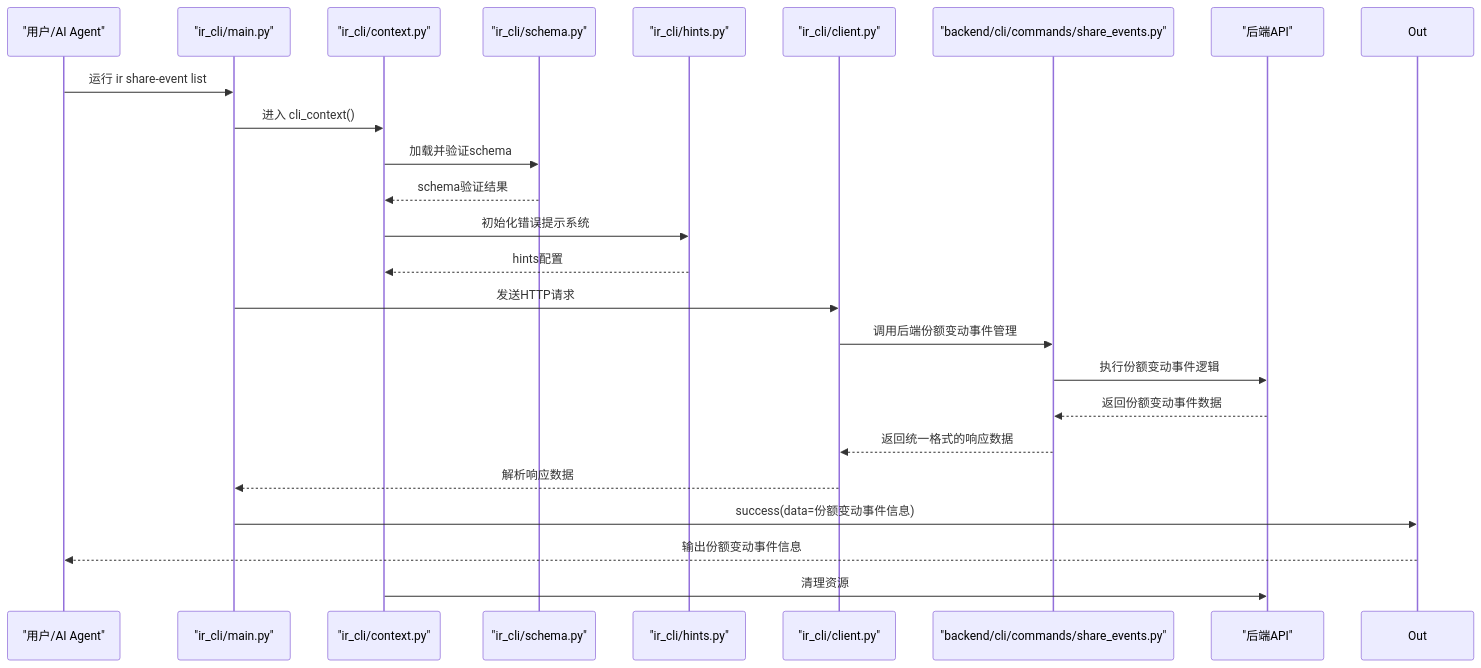
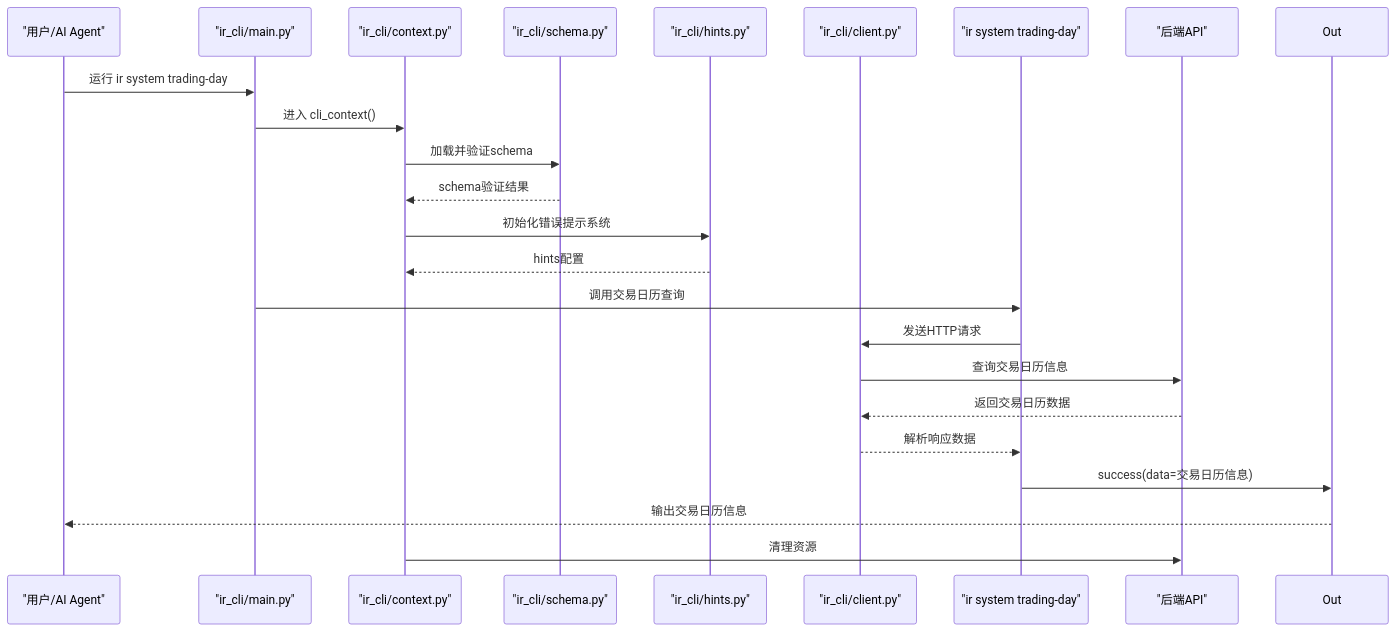
One commit to gujialind/InvestRing changed the second of 4 diagrams in .qoder/repowiki/zh/content/开发指南/InvestRing Admin CLI 工具.md. Above: the diagram before and after it, drawn with Mermaid. The commit also changed other lines of this file and 15 other files, not shown here.

````diff
--- a/.qoder/repowiki/zh/content/开发指南/InvestRing Admin CLI 工具.md
+++ b/.qoder/repowiki/zh/content/开发指南/InvestRing Admin CLI 工具.md
@@ -136,26 +137,25 @@
 ```mermaid
 sequenceDiagram
 participant User as "用户/AI Agent"
 participant CLI as "ir_cli/main.py"
 participant Ctx as "ir_cli/context.py"
 participant Sch as "ir_cli/schema.py"
 participant Hnt as "ir_cli/hints.py"
 participant Cli as "ir_cli/client.py"
-participant BackendCLI as "backend/cli/commands/share_events.py"
+participant SystemCmd as "ir system trading-day"
 participant API as "后端API"
-User->>CLI : 运行 ir share-event list
+User->>CLI : 运行 ir system trading-day
 CLI->>Ctx : 进入 cli_context()
 Ctx->>Sch : 加载并验证schema
 Sch-->>Ctx : schema验证结果
 Ctx->>Hnt : 初始化错误提示系统
 Hnt-->>Ctx : hints配置
-CLI->>Cli : 发送HTTP请求
-Cli->>BackendCLI : 调用后端份额变动事件管理
-BackendCLI->>API : 执行份额变动事件逻辑
-API-->>BackendCLI : 返回份额变动事件数据
-BackendCLI-->>Cli : 返回统一格式的响应数据
-Cli-->>CLI : 解析响应数据
-CLI->>Out : success(data=份额变动事件信息)
-Out-->>User : 输出份额变动事件信息
+CLI->>SystemCmd : 调用交易日历查询
+SystemCmd->>Cli : 发送HTTP请求
+Cli->>API : 查询交易日历信息
+API-->>Cli : 返回交易日历数据
+Cli-->>SystemCmd : 解析响应数据
+SystemCmd->>Out : success(data=交易日历信息)
+Out-->>User : 输出交易日历信息
 Ctx->>API : 清理资源
 ```
````
